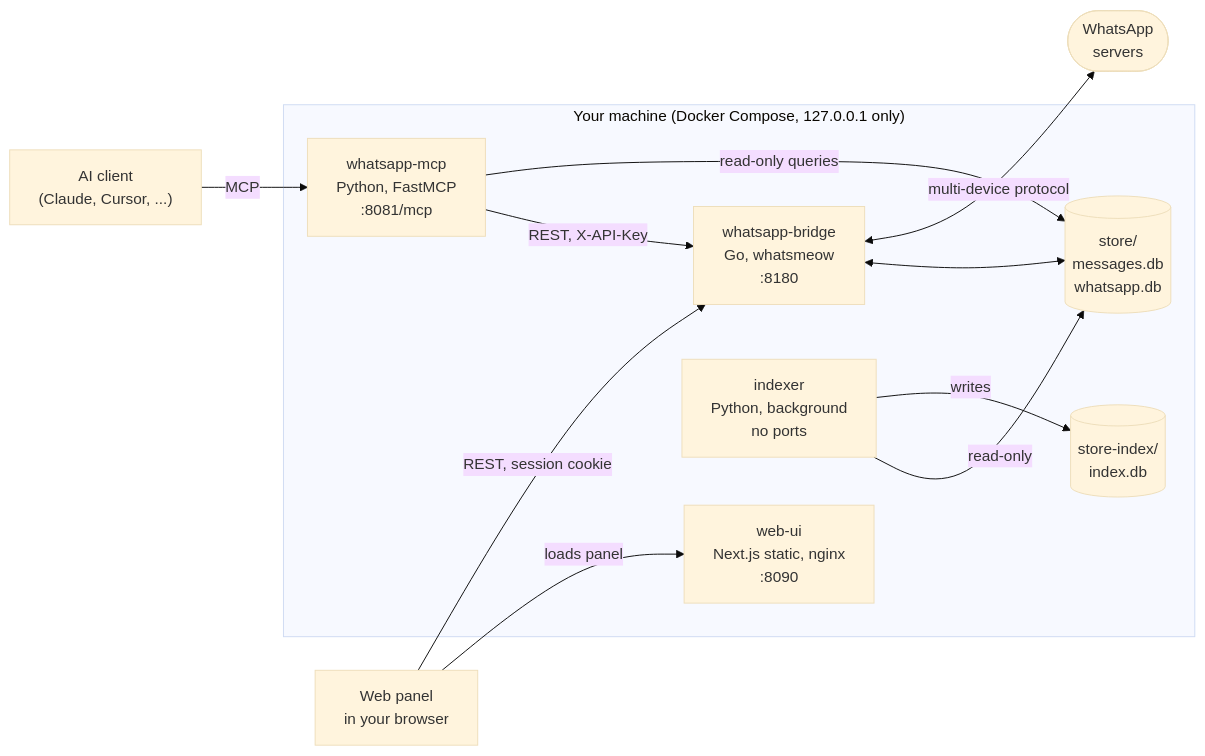
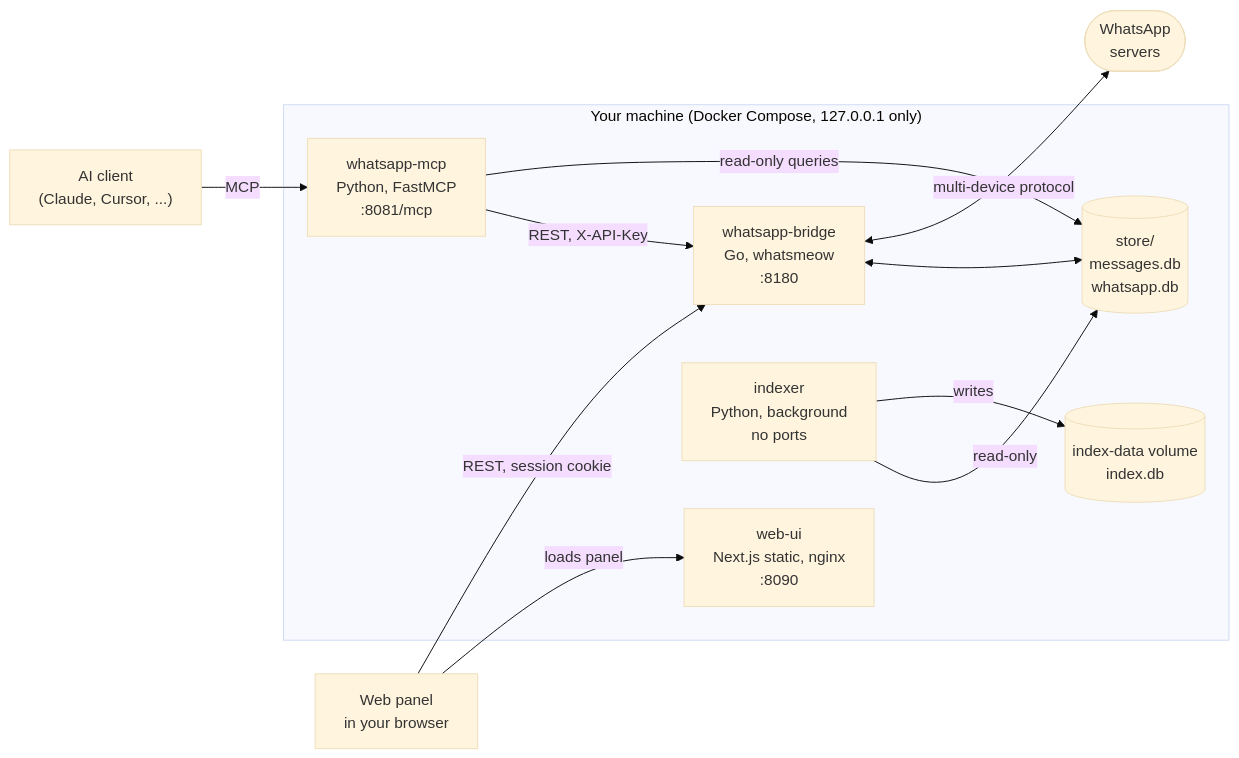
One commit to matheuspina/whatsapp-mcp changed the diagram in README.md. Above: the diagram before and after it, drawn with Mermaid (base theme). The commit also changed other lines of this file and 18 other files, not shown here.

````diff
--- a/README.md
+++ b/README.md
@@ -113,26 +113,26 @@
 ```mermaid
 flowchart LR
     Client["AI client<br/>(Claude, Cursor, ...)"]
     Browser["Web panel<br/>in your browser"]
 
     subgraph Host["Your machine (Docker Compose, 127.0.0.1 only)"]
         MCP["whatsapp-mcp<br/>Python, FastMCP<br/>:8081/mcp"]
         UI["web-ui<br/>Next.js static, nginx<br/>:8090"]
         Bridge["whatsapp-bridge<br/>Go, whatsmeow<br/>:8180"]
         Indexer["indexer<br/>Python, background<br/>no ports"]
         Store[("store/<br/>messages.db<br/>whatsapp.db")]
-        IndexDB[("store-index/<br/>index.db")]
+        IndexDB[("index-data volume<br/>index.db")]
     end
 
     WA(["WhatsApp<br/>servers"])
 
     Client -- "MCP" --> MCP
     Browser -- "loads panel" --> UI
     Browser -- "REST, session cookie" --> Bridge
     MCP -- "REST, X-API-Key" --> Bridge
     MCP -- "read-only queries" --> Store
     Bridge <--> Store
     Bridge <-- "multi-device protocol" --> WA
     Indexer -- "read-only" --> Store
     Indexer -- "writes" --> IndexDB
 ```
````
